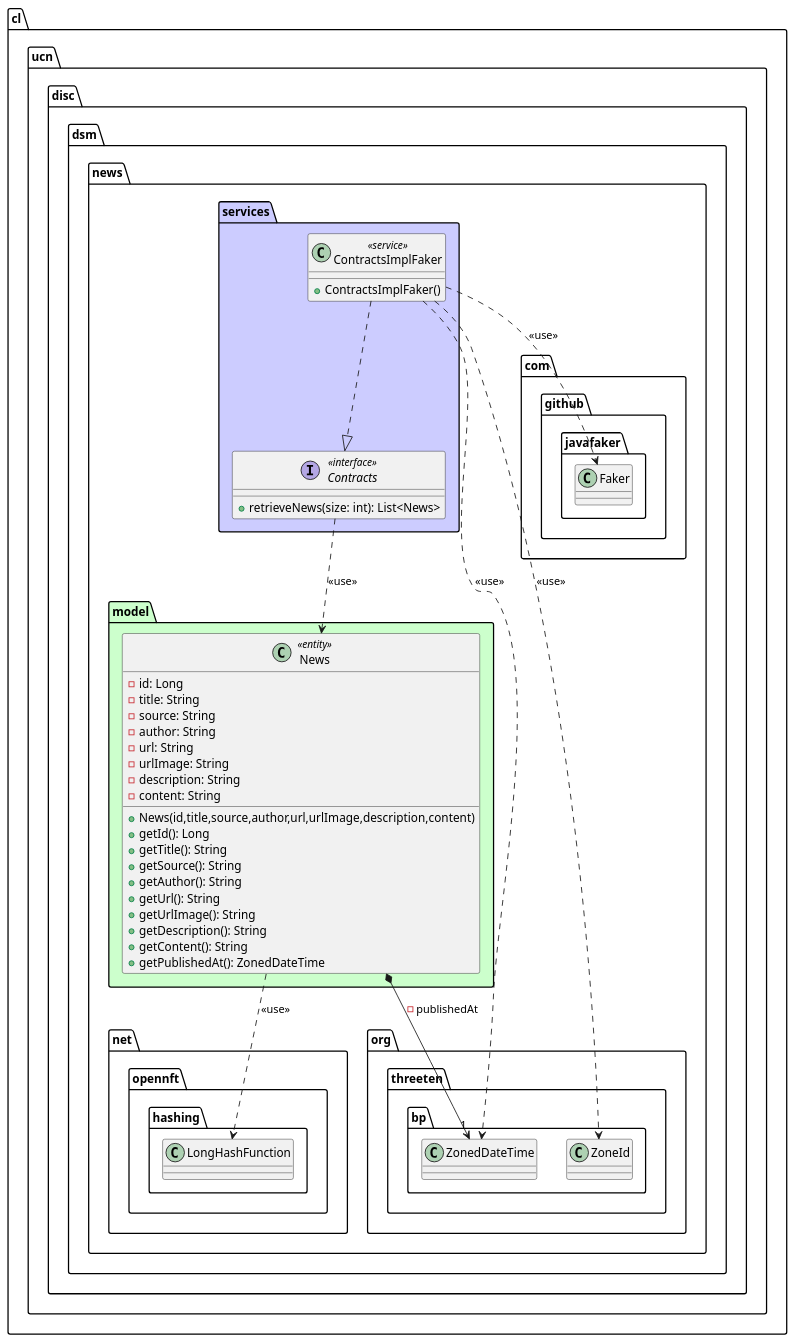
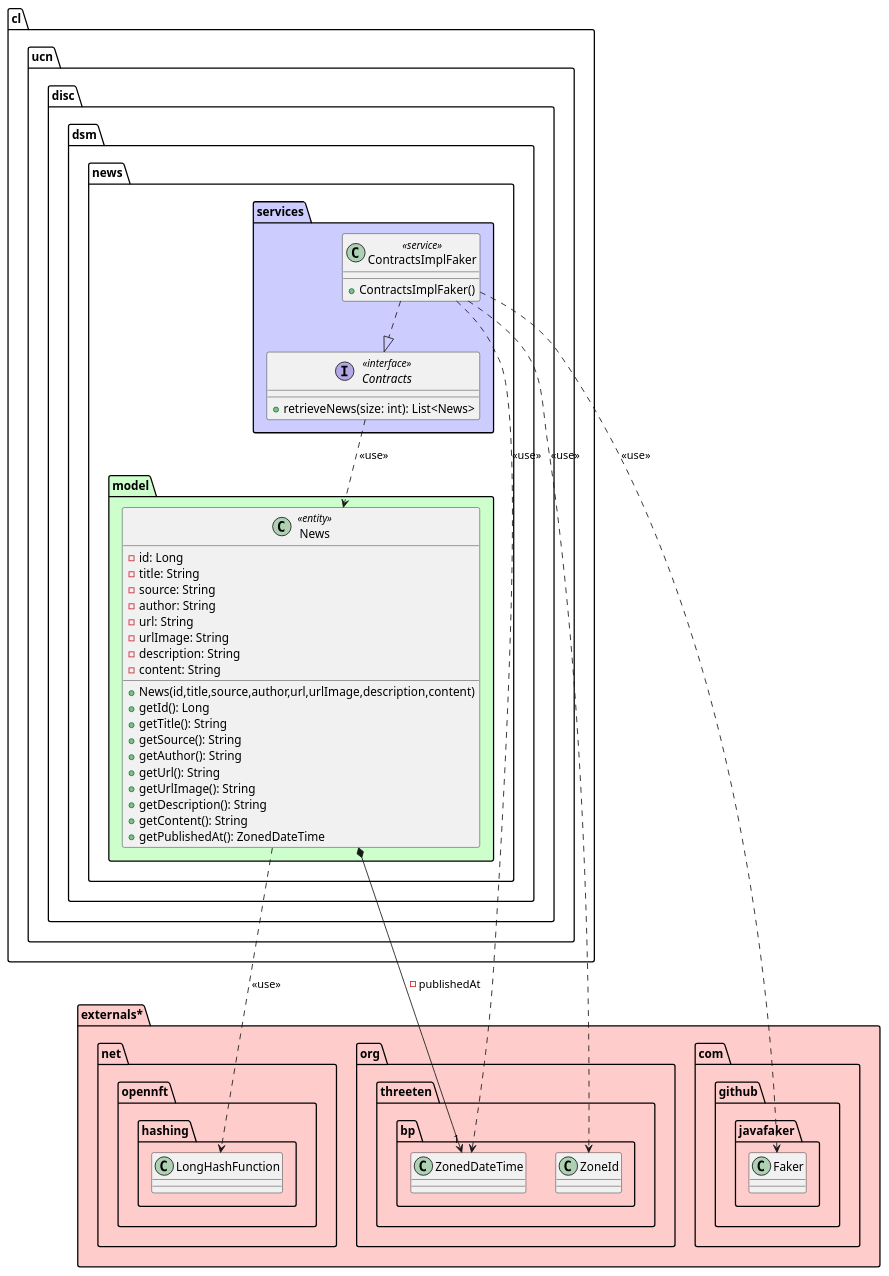
Before and after one commit to LaRata69/The-News-UCN: the diagram in README.md, drawn with PlantUML. The commit also changed 5 other files, not shown here.

````diff
--- a/README.md
+++ b/README.md
@@ -7,78 +7,78 @@
 ```puml
 @startuml
-package cl.ucn.disc.dsm.news{
+package externals* #ffcccc {
 
     package org.threeten.bp{
         class ZonedDateTime{  
                 
         }        
         class ZoneId {
-         '''
-         
-        }
-        
-       
-          
+         '''         
+        }          
     }
     
     package com.github.javafaker{
         class Faker{
         
         }
     }
     
     package net.opennft.hashing{
         class LongHashFunction {
         }
+               
     }
+}
     
+    package cl.ucn.disc.dsm.news {
     
     package model #ccffcc {
         
         class News<<entity>> {
             -id: Long
             -title: String
             -source: String
             -author: String
             -url: String
             -urlImage: String
             -description: String
             -content: String
             +News(id,title,source,author,url,urlImage,description,content)
             +getId(): Long
             +getTitle(): String
             +getSource(): String
             +getAuthor(): String
             +getUrl(): String
             +getUrlImage(): String
             +getDescription(): String
             +getContent(): String
             +getPublishedAt(): ZonedDateTime            
         
         }               
         
         News..>LongHashFunction : <<use>>
         News *--> "1" ZonedDateTime : -publishedAt
     }
     
     package services #ccccff {
         interface Contracts <<interface>>{
             +retrieveNews(size: int): List<News>
         }
         Contracts ..> News : <<use>>   
         
         class ContractsImplFaker<<service>> {
             + ContractsImplFaker()
         
         }
         ContractsImplFaker ..|> Contracts    
         ContractsImplFaker ..> ZonedDateTime : <<use>>
         ContractsImplFaker ..> ZoneId : <<use>>
         ContractsImplFaker ..> Faker : <<use>>
     }
     
 
 }
+
 @enduml
 
 ```
````
